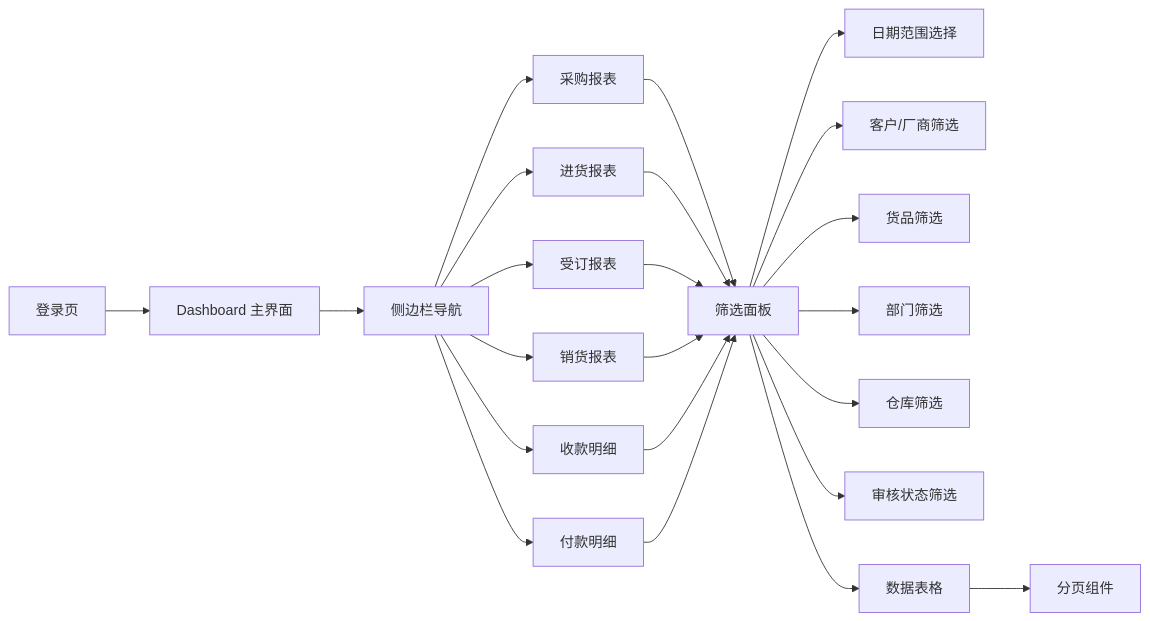
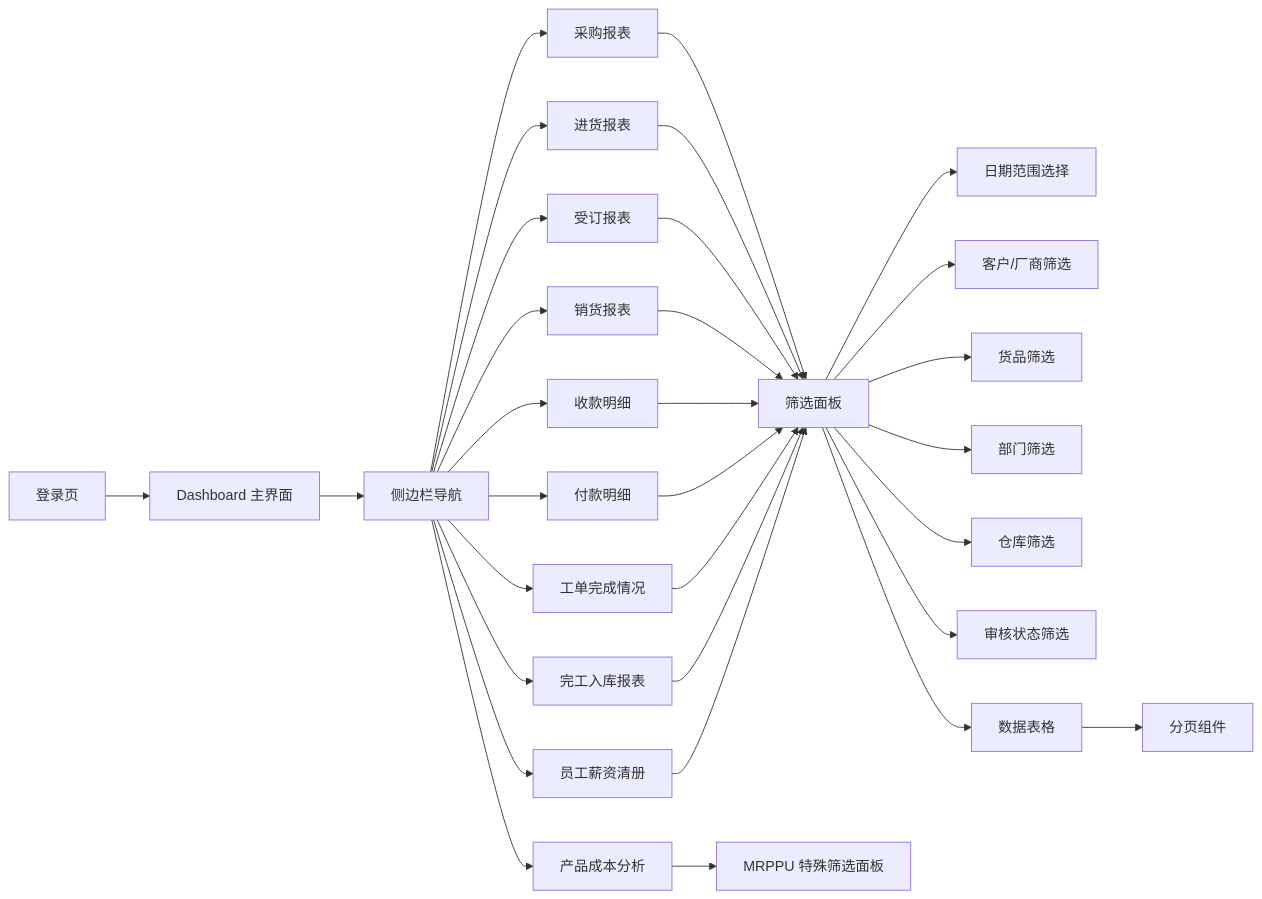
The fifth of 9 diagrams in 流程图.md (ksmingkimo/AsCoding), drawn with Mermaid before and after one commit. The commit also changed other lines of this file and 27 other files, not shown here.

````diff
--- a/流程图.md
+++ b/流程图.md
@@ -141,23 +150,28 @@
 ```mermaid
 flowchart LR
     Login[登录页] --> Dashboard[Dashboard 主界面]
 
     Dashboard --> Sidebar[侧边栏导航]
     Sidebar --> R1[采购报表]
     Sidebar --> R2[进货报表]
     Sidebar --> R3[受订报表]
     Sidebar --> R4[销货报表]
     Sidebar --> R5[收款明细]
     Sidebar --> R6[付款明细]
+    Sidebar --> R7[工单完成情况]
+    Sidebar --> R8[完工入库报表]
+    Sidebar --> R9[产品成本分析]
+    Sidebar --> R10[员工薪资清册]
 
-    R1 & R2 & R3 & R4 & R5 & R6 --> FilterPanel[筛选面板]
+    R1 & R2 & R3 & R4 & R5 & R6 & R7 & R8 & R10 --> FilterPanel[筛选面板]
+    R9 --> FilterPanelMRPPU[MRPPU 特殊筛选面板]
     FilterPanel --> DatePick[日期范围选择]
     FilterPanel --> CustPick[客户/厂商筛选]
     FilterPanel --> PrdPick[货品筛选]
     FilterPanel --> DepPick[部门筛选]
     FilterPanel --> WhPick[仓库筛选]
     FilterPanel --> StatusPick[审核状态筛选]
 
     FilterPanel --> Table[数据表格]
     Table --> Pagination[分页组件]
 ```
````
